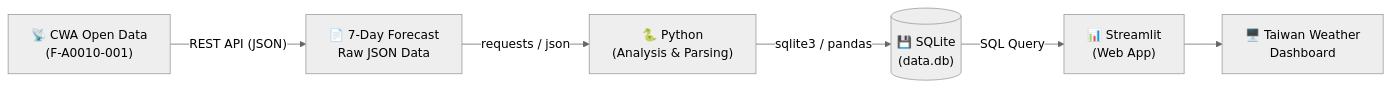
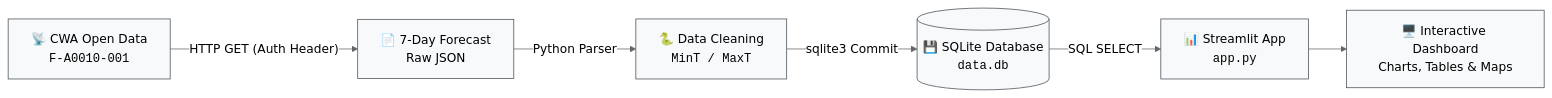
Before and after one commit to jiwawa1006/CWA: the diagram in workflow.md, drawn with Mermaid (neutral theme). The commit also changed other lines of this file and 1 other file, not shown here.

````diff
--- a/workflow.md
+++ b/workflow.md
@@ -25,8 +38,11 @@
 ```mermaid
 flowchart LR
-    A["📡 CWA Open Data<br/>(F-A0010-001)"] -->|"REST API (JSON)"| B["📄 7-Day Forecast<br/>Raw JSON Data"]
-    B -->|"requests / json"| C["🐍 Python<br/>(Analysis & Parsing)"]
-    C -->|"sqlite3 / pandas"| D[("💾 SQLite<br/>(data.db)")]
-    D -->|"SQL Query"| E["📊 Streamlit<br/>(Web App)"]
-    E --> F["🖥️ Taiwan Weather<br/>Dashboard"]
+    A["📡 CWA Open Data<br/><code>F-A0010-001</code>"] -->|"HTTP GET (Auth Header)"| B["📄 7-Day Forecast<br/>Raw JSON"]
+    B -->|"Python Parser"| C["🐍 Data Cleaning<br/><code>MinT / MaxT</code>"]
+    C -->|"sqlite3 Commit"| D[("💾 SQLite Database<br/><code>data.db</code>")]
+    D -->|"SQL SELECT"| E["📊 Streamlit App<br/><code>app.py</code>"]
+    E --> F["🖥️ Interactive Dashboard<br/>Charts, Tables & Maps"]
+
+    classDef stage fill:#f8f9fa,stroke:#495057,stroke-width:1px;
+    class A,B,C,D,E,F stage;
 ```
````
